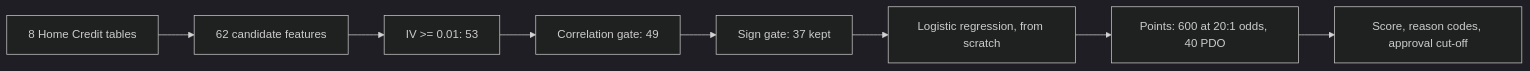
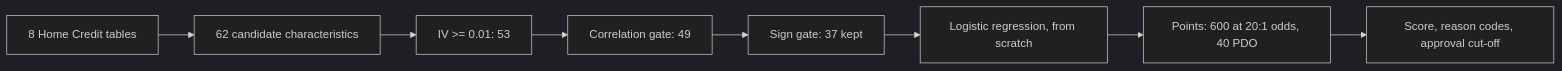
Before and after one commit to alvenyuka/Credit-Risk-Scorecard: the diagram in README.md, drawn with Mermaid (dark theme). The commit also changed other lines of this file, not shown here.

First line of the commit message:
README: present the scorecard as a model summary for a credit committee

````diff
--- a/README.md
+++ b/README.md
@@ -62,10 +78,10 @@
 ```mermaid
 flowchart LR
-    A[8 Home Credit tables] --> B[62 candidate features]
+    A[8 Home Credit tables] --> B[62 candidate characteristics]
     B --> C[IV >= 0.01: 53]
     C --> D[Correlation gate: 49]
     D --> E[Sign gate: 37 kept]
     E --> F[Logistic regression, from scratch]
     F --> G[Points: 600 at 20:1 odds, 40 PDO]
     G --> H[Score, reason codes, approval cut-off]
 ```
````
